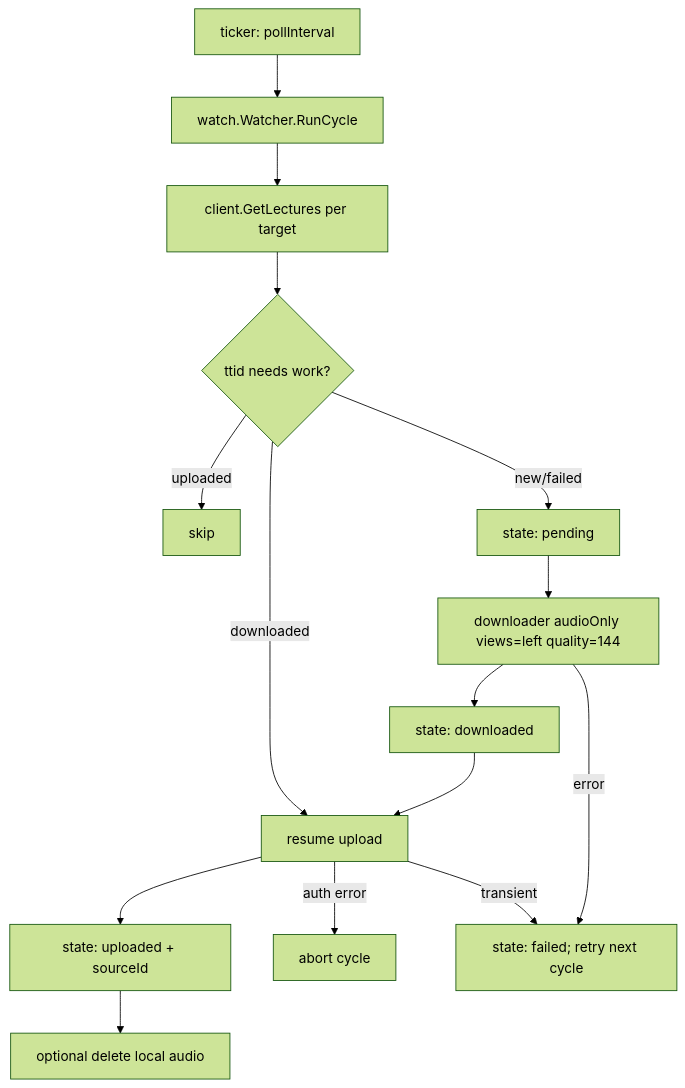
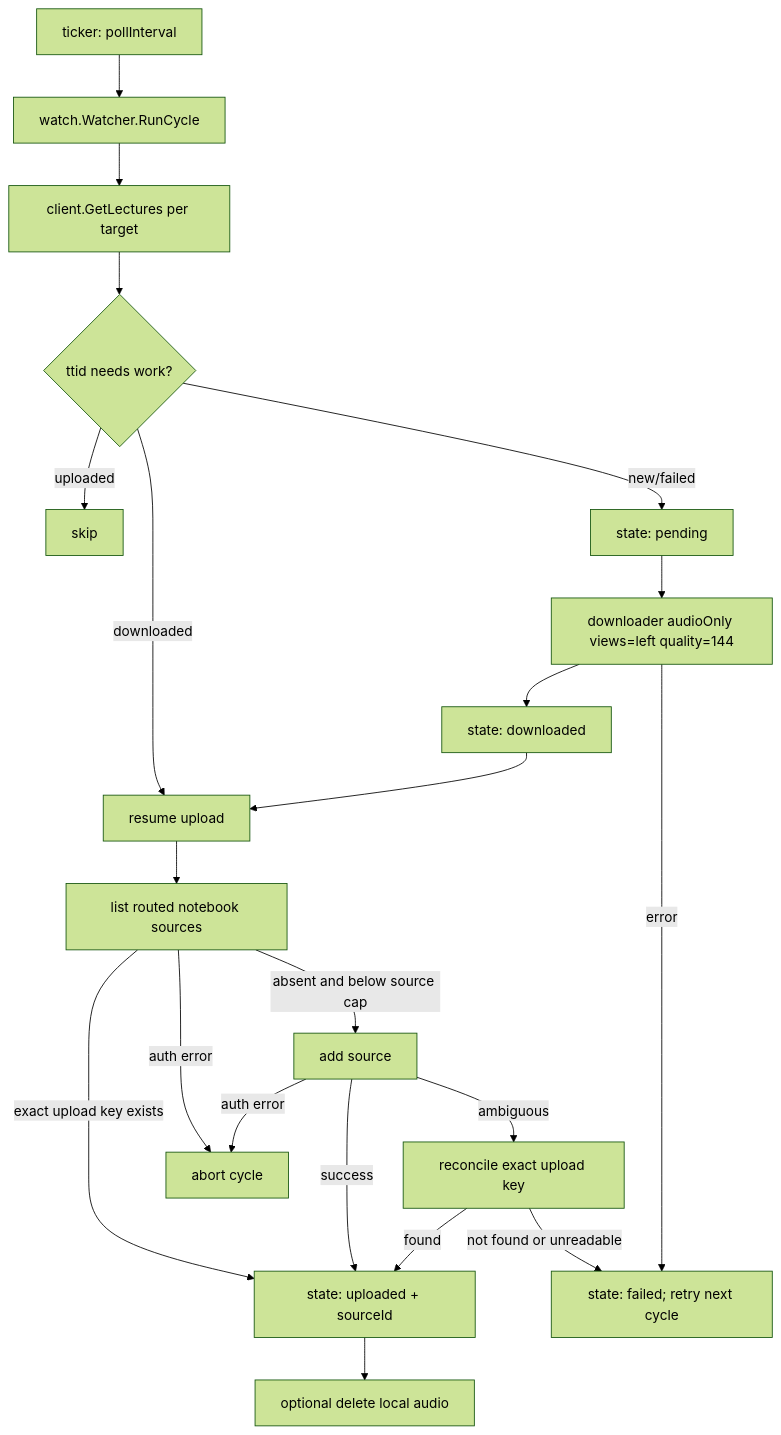
The fourth of 6 diagrams in docs/architecture.md (rabesss/impartus-cli), drawn with Mermaid (forest theme) before and after one commit. The commit also changed other lines of this file and 18 other files, not shown here.

````diff
--- a/docs/architecture.md
+++ b/docs/architecture.md
@@ -95,17 +95,23 @@
 ```mermaid
 flowchart TD
   Tick["ticker: pollInterval"] --> Loop
   Loop["watch.Watcher.RunCycle"] --> Fetch["client.GetLectures per target"]
   Fetch --> Diff{"ttid needs work?"}
   Diff -->|uploaded| Skip["skip"]
   Diff -->|downloaded| Up["resume upload"]
   Diff -->|new/failed| Claim["state: pending"]
   Claim --> DL["downloader audioOnly views=left quality=144"]
   DL --> Mark1["state: downloaded"]
   Mark1 --> Up
-  Up --> Mark2["state: uploaded + sourceId"]
+  Up --> Recon["list routed notebook sources"]
+  Recon -->|exact upload key exists| Mark2
+  Recon -->|absent and below source cap| Add["add source"]
+  Add -->|success| Mark2["state: uploaded + sourceId"]
+  Add -->|ambiguous| Recheck["reconcile exact upload key"]
+  Recheck -->|found| Mark2
+  Recheck -->|not found or unreadable| Retry
   Mark2 --> Clean["optional delete local audio"]
   DL -->|error| Retry["state: failed; retry next cycle"]
-  Up -->|auth error| Abort["abort cycle"]
-  Up -->|transient| Retry
+  Recon -->|auth error| Abort["abort cycle"]
+  Add -->|auth error| Abort
 ```
````
